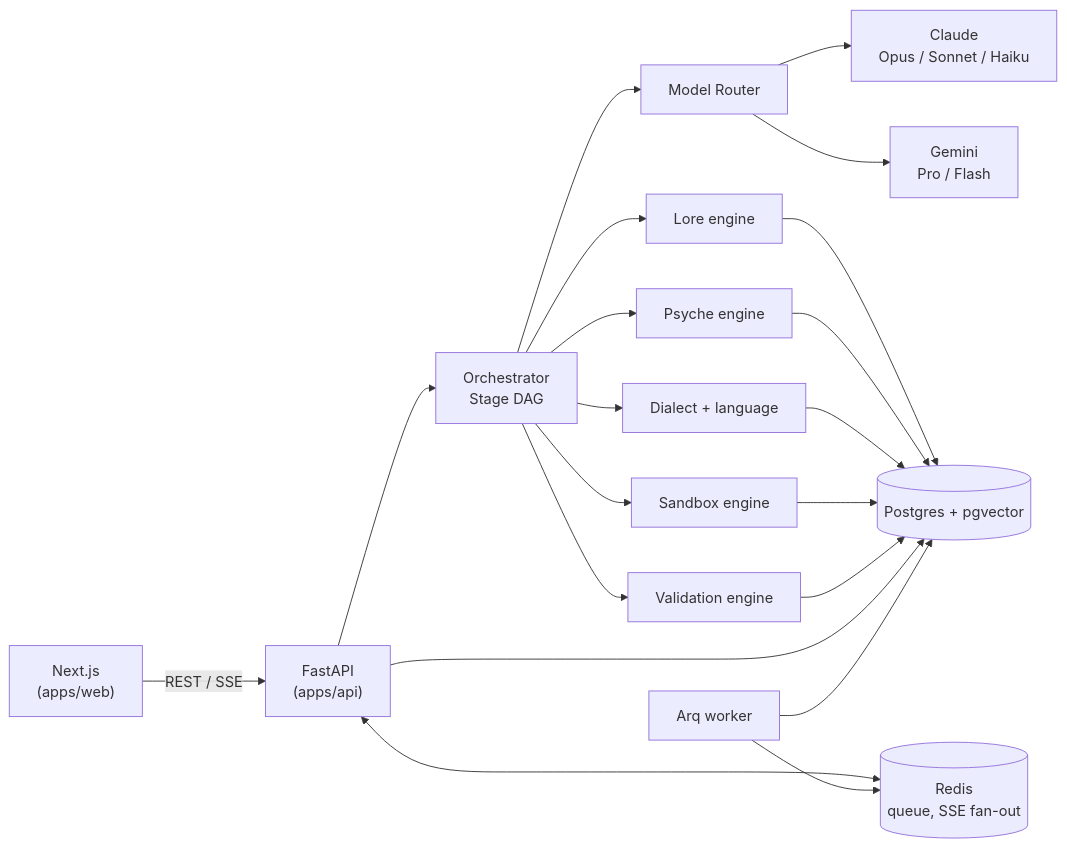
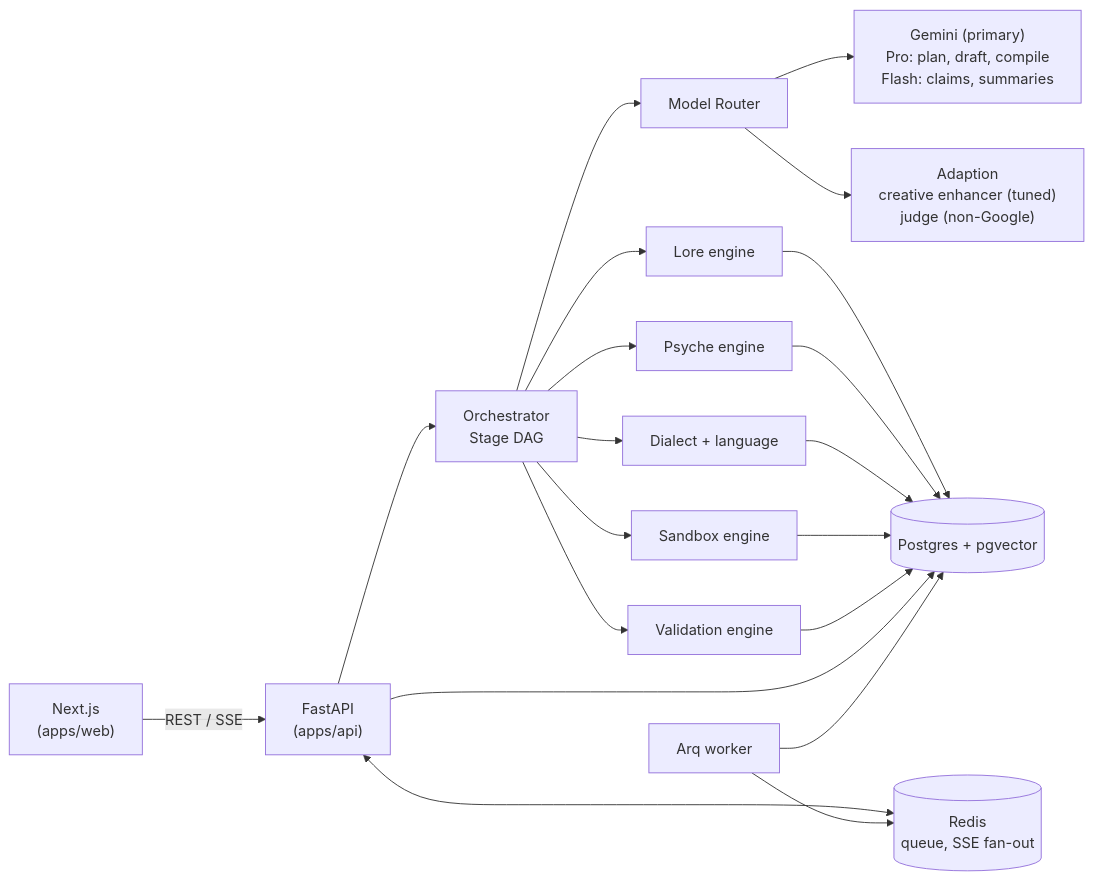
One commit to sahinurrahman-debug/ChronicleDeck changed the first of 2 diagrams in docs/architecture.md. Above: the diagram before and after it, drawn with Mermaid. The commit also changed other lines of this file and 68 other files, not shown here.

````diff
--- a/docs/architecture.md
+++ b/docs/architecture.md
@@ -8,14 +8,14 @@
 ```mermaid
 flowchart LR
   web["Next.js<br/>(apps/web)"] -- "REST / SSE" --> api["FastAPI<br/>(apps/api)"]
   api --> orch["Orchestrator<br/>Stage DAG"]
   orch --> router["Model Router"]
-  router --> claude["Claude<br/>Opus / Sonnet / Haiku"]
-  router --> gemini["Gemini<br/>Pro / Flash"]
+  router --> gemini["Gemini (primary)<br/>Pro: plan, draft, compile<br/>Flash: claims, summaries"]
+  router --> adaption["Adaption<br/>creative enhancer (tuned)<br/>judge (non-Google)"]
   orch --> lore["Lore engine"] & psyche["Psyche engine"] & dialect["Dialect + language"] & sandbox["Sandbox engine"] & validation["Validation engine"]
   lore & psyche & dialect & sandbox & validation --> pg[("Postgres + pgvector")]
   api --> pg
   api <--> redis[("Redis<br/>queue, SSE fan-out")]
   worker["Arq worker"] --> redis
   worker --> pg
 ```
````
